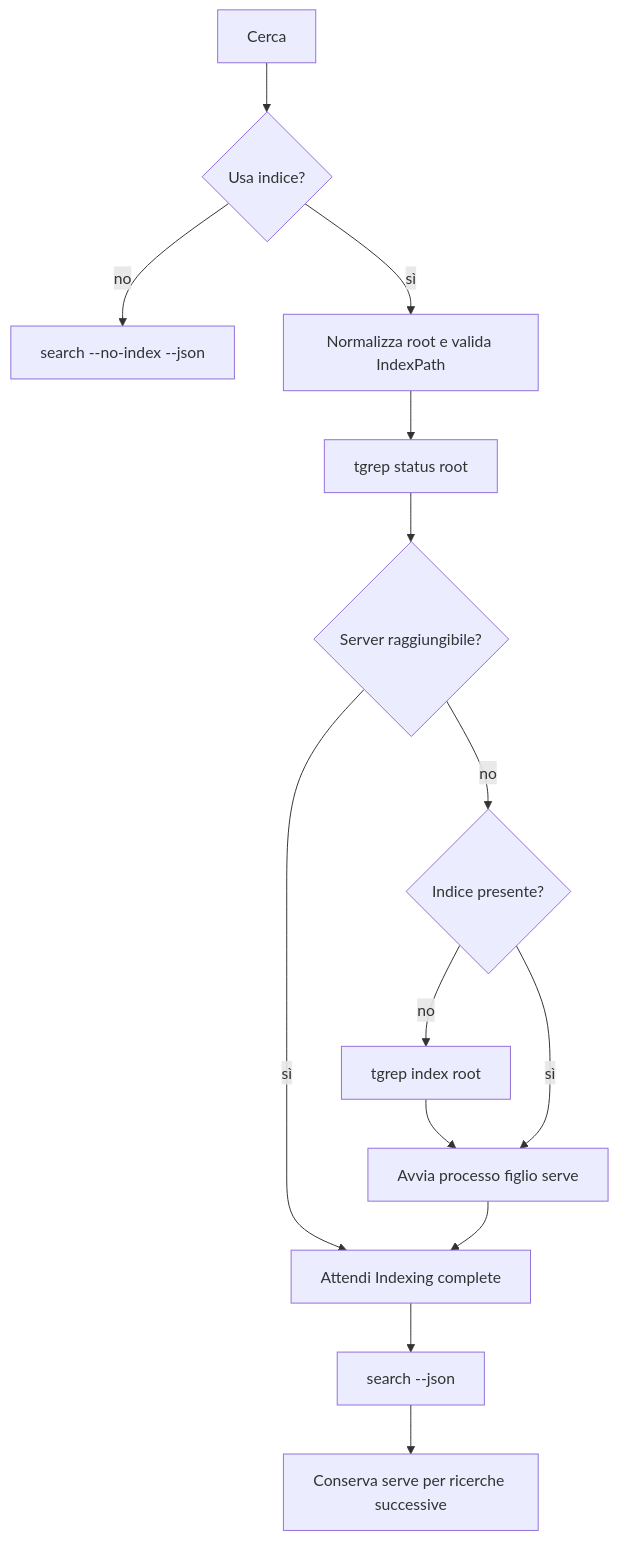
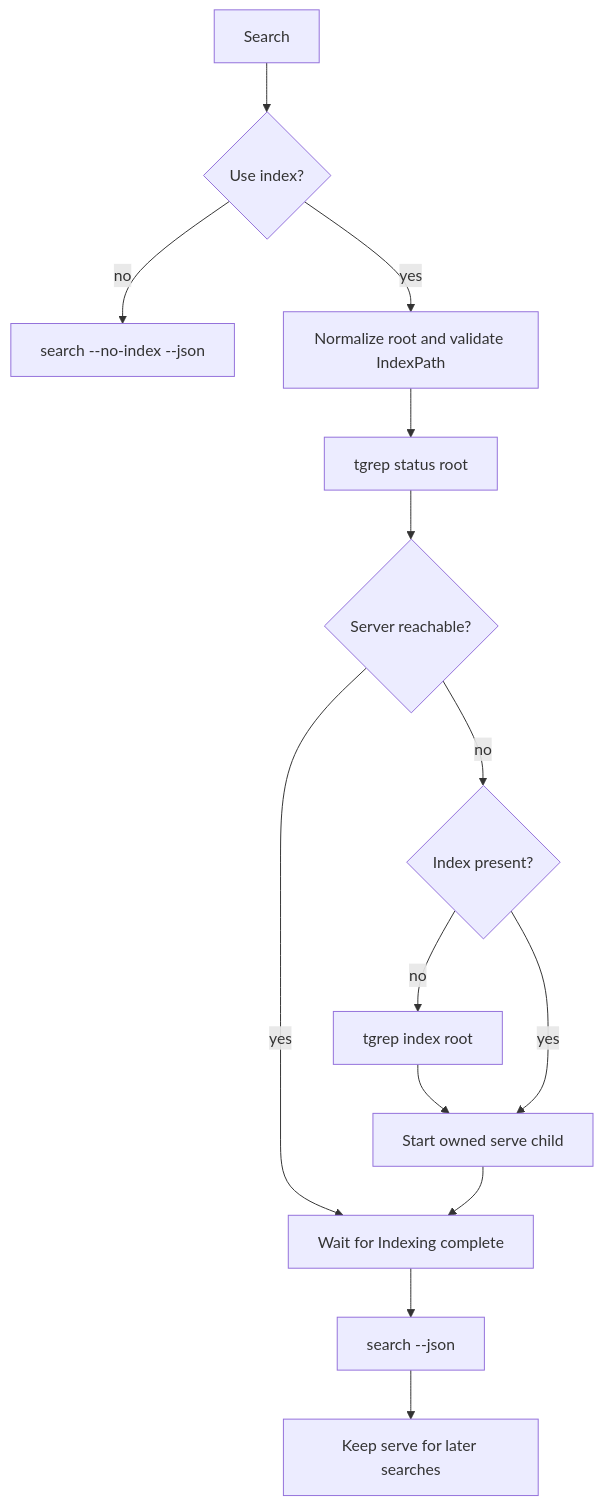
The diagram in ARCHITECTURE.md (devchristian1337/tgrep-gui), drawn with Mermaid before and after one commit. The commit also changed other lines of this file and 18 other files, not shown here.

````diff
--- a/ARCHITECTURE.md
+++ b/ARCHITECTURE.md
@@ -32,16 +32,16 @@
 ```mermaid
 flowchart TD
-    A[Cerca] --> B{Usa indice?}
+    A[Search] --> B{Use index?}
     B -- no --> S[search --no-index --json]
-    B -- sì --> C[Normalizza root e valida IndexPath]
+    B -- yes --> C[Normalize root and validate IndexPath]
     C --> D[tgrep status root]
-    D --> E{Server raggiungibile?}
-    E -- sì --> H[Attendi Indexing complete]
-    E -- no --> F{Indice presente?}
+    D --> E{Server reachable?}
+    E -- yes --> H[Wait for Indexing complete]
+    E -- no --> F{Index present?}
     F -- no --> G[tgrep index root]
-    G --> I[Avvia processo figlio serve]
-    F -- sì --> I
+    G --> I[Start owned serve child]
+    F -- yes --> I
     I --> H
     H --> J[search --json]
-    J --> K[Conserva serve per ricerche successive]
+    J --> K[Keep serve for later searches]
 ```
````
